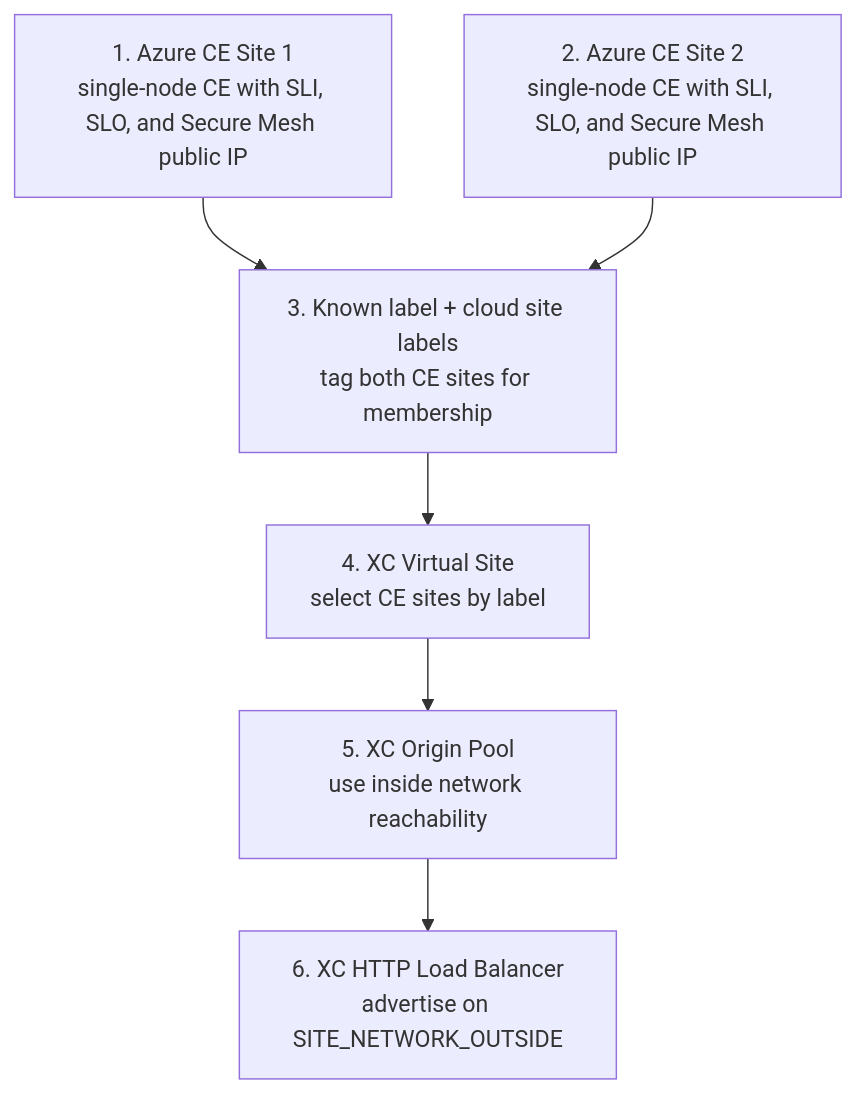
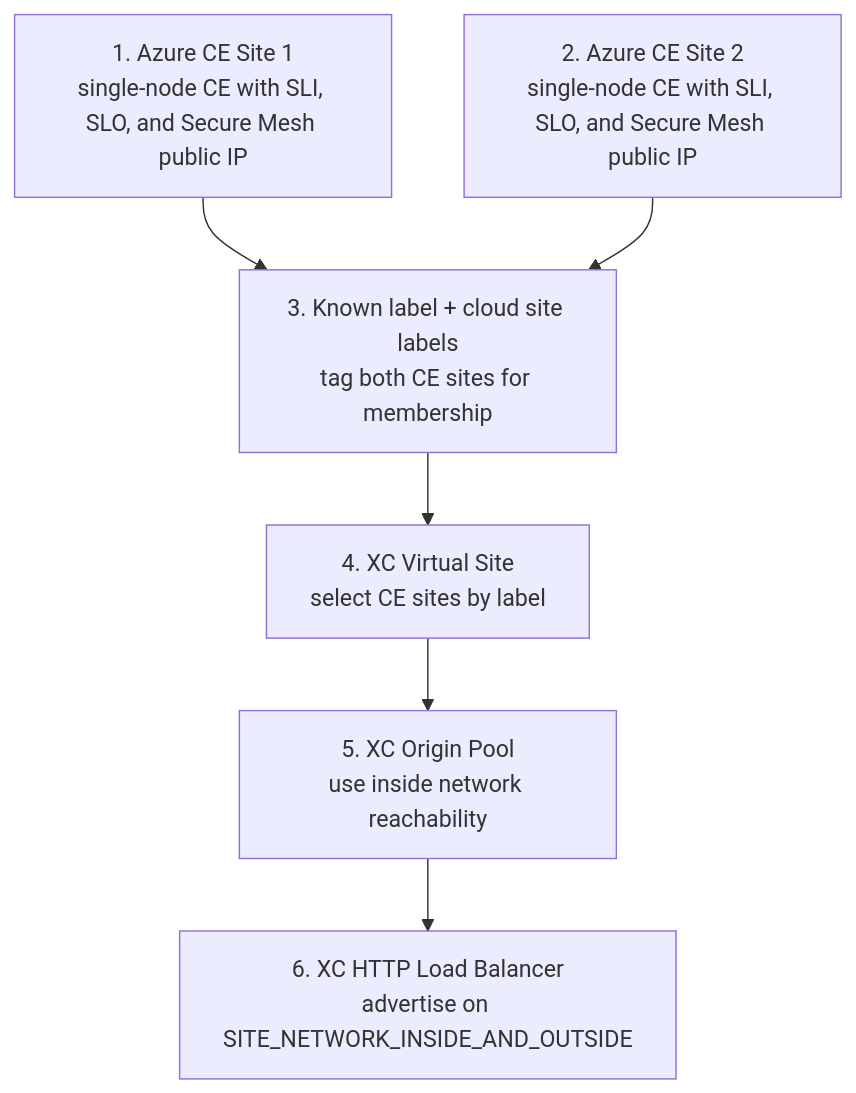
One commit to jackyatesaustin/single-node-virtual-site-two-interface changed the diagram in docs/deployment-diagram.md. Above: the diagram before and after it, drawn with Mermaid. The commit also changed other lines of this file and 4 other files, not shown here.

Commit message:
Default load balancer to dual-network advertisement

````diff
--- a/docs/deployment-diagram.md
+++ b/docs/deployment-diagram.md
@@ -5,13 +5,13 @@
 ```mermaid
 flowchart TD
   step1["1. Azure CE Site 1<br/>single-node CE with SLI, SLO, and Secure Mesh public IP"]
   step2["2. Azure CE Site 2<br/>single-node CE with SLI, SLO, and Secure Mesh public IP"]
   step3["3. Known label + cloud site labels<br/>tag both CE sites for membership"]
   step4["4. XC Virtual Site<br/>select CE sites by label"]
   step5["5. XC Origin Pool<br/>use inside network reachability"]
-  step6["6. XC HTTP Load Balancer<br/>advertise on SITE_NETWORK_OUTSIDE"]
+  step6["6. XC HTTP Load Balancer<br/>advertise on SITE_NETWORK_INSIDE_AND_OUTSIDE"]
 
   step1 --> step3
   step2 --> step3
   step3 --> step4 --> step5 --> step6
 ```
````
